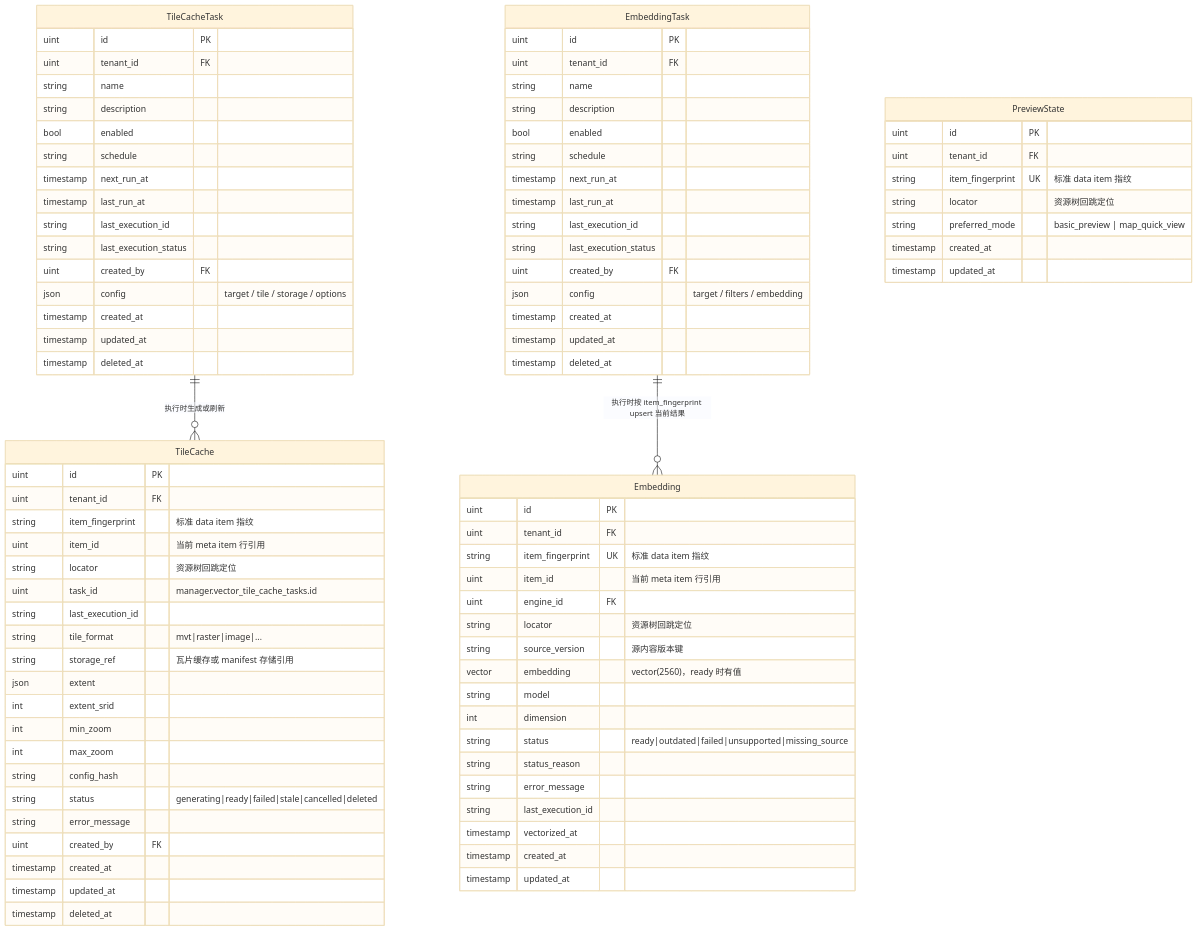
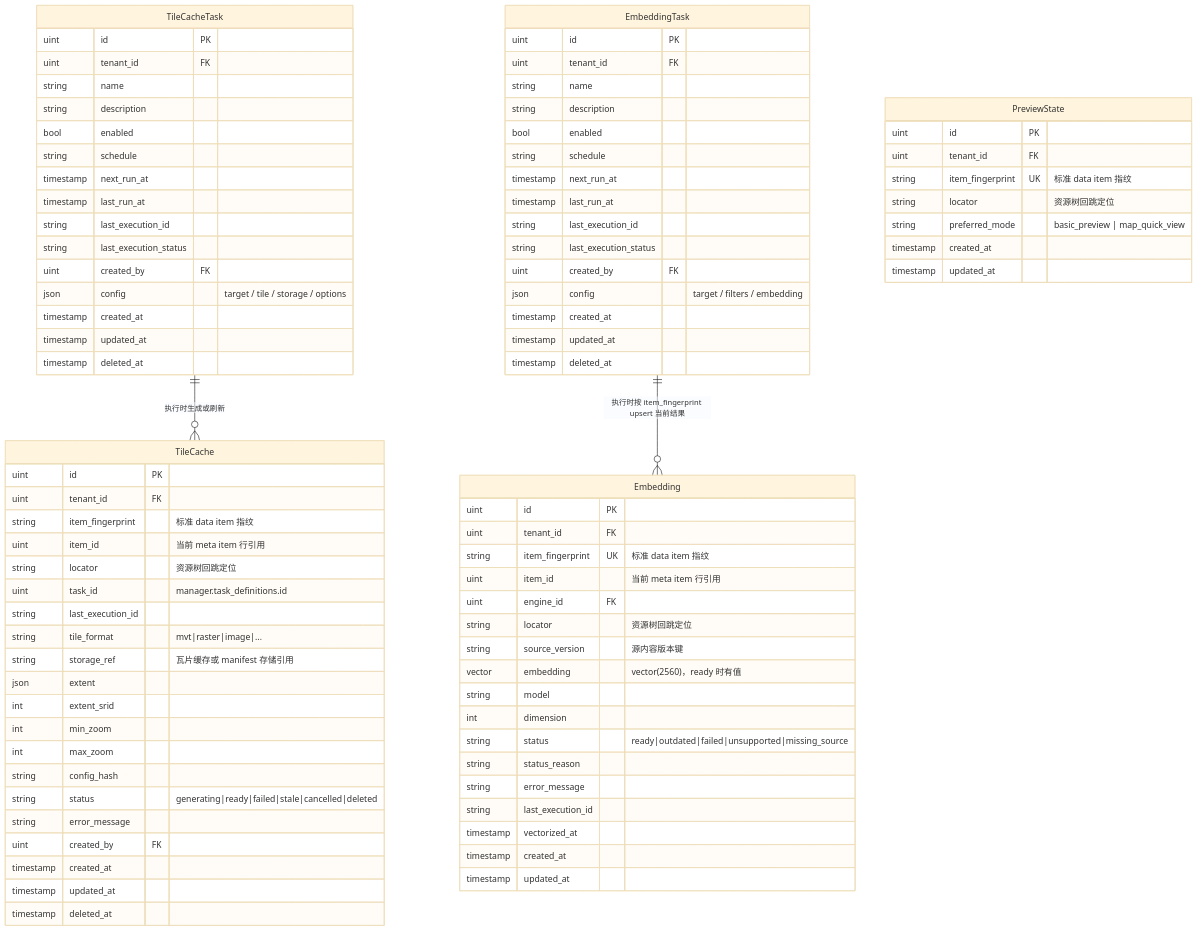
The third of 9 diagrams in docs/concepts/addp核心对象ER图（元模型）.md (pampa0629/addp), drawn with Mermaid (base theme) before and after one commit. The commit also changed 175 other files, not shown here.

```diff
--- a/docs/concepts/addp核心对象ER图（元模型）.md
+++ b/docs/concepts/addp核心对象ER图（元模型）.md
@@ -610,7 +610,7 @@
         string item_fingerprint "标准 data item 指纹"
         uint item_id "当前 meta item 行引用"
         string locator "资源树回跳定位"
-        uint task_id "manager.vector_tile_cache_tasks.id"
+        uint task_id "manager.task_definitions.id"
         string last_execution_id
         string tile_format "mvt|raster|image|..."
         string storage_ref "瓦片缓存或 manifest 存储引用"
```
